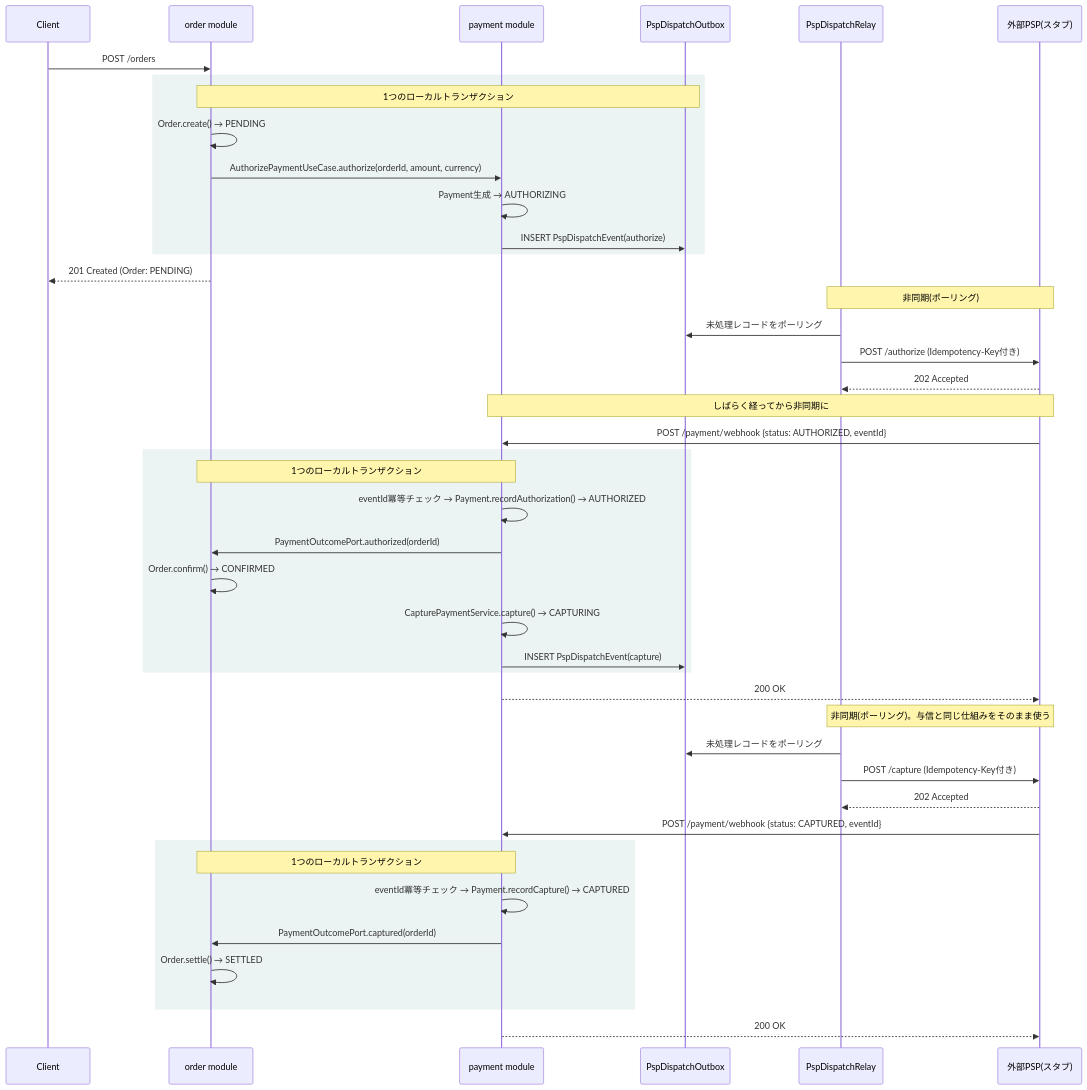
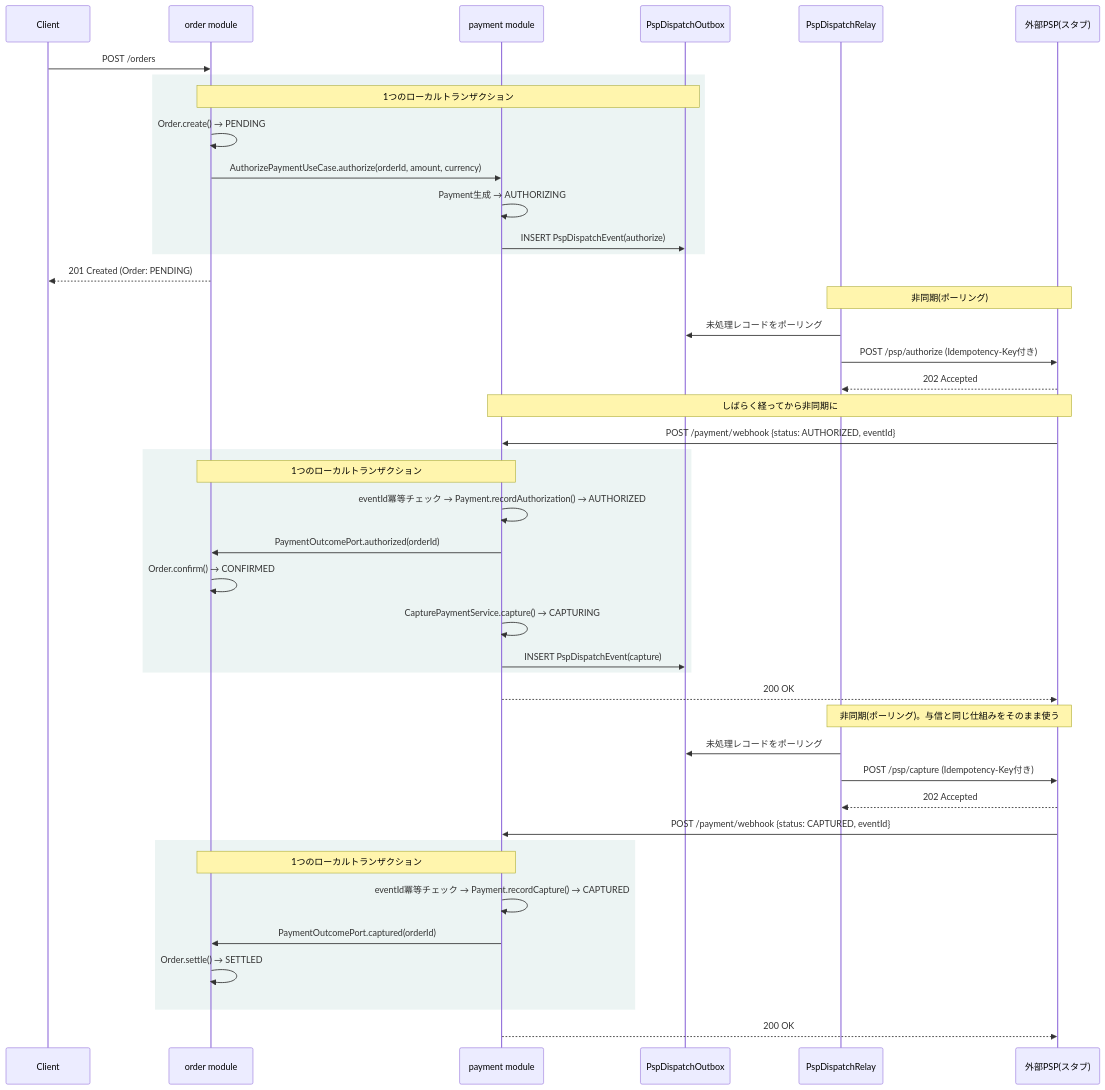
Before and after one commit to mizuna325/settlement: the third of 5 diagrams in docs/design.md, drawn with Mermaid. The commit also changed other lines of this file and 2 other files, not shown here.

````diff
--- a/docs/design.md
+++ b/docs/design.md
@@ -278,50 +282,50 @@
 ```mermaid
 sequenceDiagram
   participant C as Client
   participant O as order module
   participant P as payment module
   participant OB as PspDispatchOutbox
   participant Relay as PspDispatchRelay
   participant PSP as 外部PSP(スタブ)
 
   C->>O: POST /orders
   rect rgba(15,110,99,0.08)
   Note over O,OB: 1つのローカルトランザクション
   O->>O: Order.create() → PENDING
   O->>P: AuthorizePaymentUseCase.authorize(orderId, amount, currency)
   P->>P: Payment生成 → AUTHORIZING
   P->>OB: INSERT PspDispatchEvent(authorize)
   end
   O-->>C: 201 Created (Order: PENDING)
 
   Note over Relay,PSP: 非同期(ポーリング)
   Relay->>OB: 未処理レコードをポーリング
-  Relay->>PSP: POST /authorize (Idempotency-Key付き)
+  Relay->>PSP: POST /psp/authorize (Idempotency-Key付き)
   PSP-->>Relay: 202 Accepted
 
   Note over PSP,P: しばらく経ってから非同期に
   PSP->>P: POST /payment/webhook {status: AUTHORIZED, eventId}
   rect rgba(15,110,99,0.08)
   Note over P,O: 1つのローカルトランザクション
   P->>P: eventId冪等チェック → Payment.recordAuthorization() → AUTHORIZED
   P->>O: PaymentOutcomePort.authorized(orderId)
   O->>O: Order.confirm() → CONFIRMED
   P->>P: CapturePaymentService.capture() → CAPTURING
   P->>OB: INSERT PspDispatchEvent(capture)
   end
   P-->>PSP: 200 OK
 
   Note over Relay,PSP: 非同期(ポーリング)。与信と同じ仕組みをそのまま使う
   Relay->>OB: 未処理レコードをポーリング
-  Relay->>PSP: POST /capture (Idempotency-Key付き)
+  Relay->>PSP: POST /psp/capture (Idempotency-Key付き)
   PSP-->>Relay: 202 Accepted
 
   PSP->>P: POST /payment/webhook {status: CAPTURED, eventId}
   rect rgba(15,110,99,0.08)
   Note over P,O: 1つのローカルトランザクション
   P->>P: eventId冪等チェック → Payment.recordCapture() → CAPTURED
   P->>O: PaymentOutcomePort.captured(orderId)
   O->>O: Order.settle() → SETTLED
   end
   P-->>PSP: 200 OK
 ```
````
